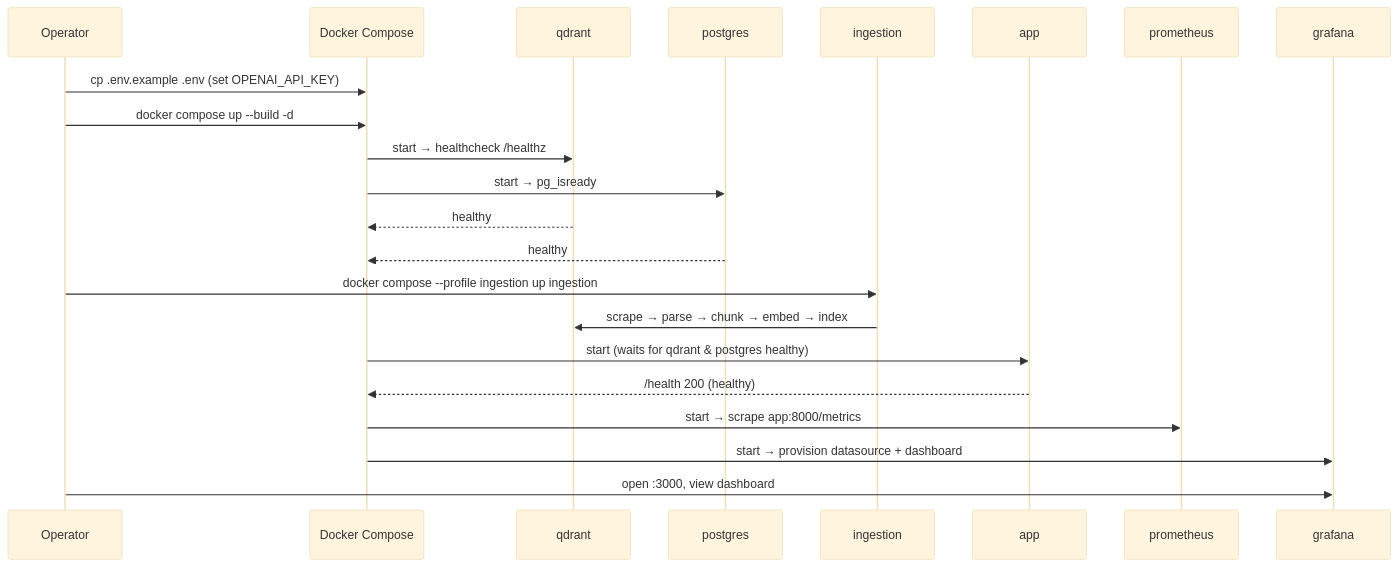
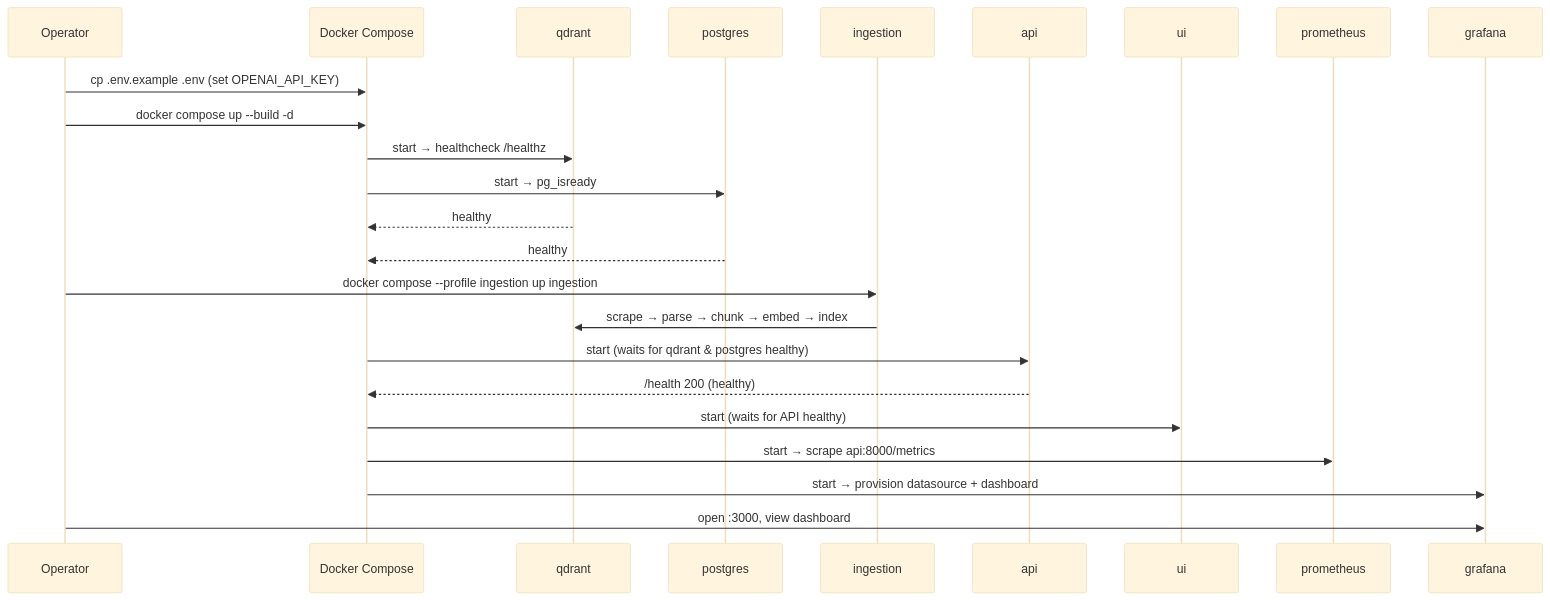
One commit to igmriegel/PokeRAG changed the second of 2 diagrams in docs/01_architecture/Deployment.md. Above: the diagram before and after it, drawn with Mermaid (base theme). The commit also changed other lines of this file and 28 other files, not shown here.

````diff
--- a/docs/01_architecture/Deployment.md
+++ b/docs/01_architecture/Deployment.md
@@ -84,24 +86,26 @@
 ```mermaid
 sequenceDiagram
     participant Op as Operator
     participant DC as Docker Compose
     participant QD as qdrant
     participant PG as postgres
     participant ING as ingestion
-    participant APP as app
+    participant API as api
+    participant UI as ui
     participant PR as prometheus
     participant GR as grafana
     Op->>DC: cp .env.example .env (set OPENAI_API_KEY)
     Op->>DC: docker compose up --build -d
     DC->>QD: start → healthcheck /healthz
     DC->>PG: start → pg_isready
     QD-->>DC: healthy
     PG-->>DC: healthy
     Op->>ING: docker compose --profile ingestion up ingestion
     ING->>QD: scrape → parse → chunk → embed → index
-    DC->>APP: start (waits for qdrant & postgres healthy)
-    APP-->>DC: /health 200 (healthy)
-    DC->>PR: start → scrape app:8000/metrics
+    DC->>API: start (waits for qdrant & postgres healthy)
+    API-->>DC: /health 200 (healthy)
+    DC->>UI: start (waits for API healthy)
+    DC->>PR: start → scrape api:8000/metrics
     DC->>GR: start → provision datasource + dashboard
     Op->>GR: open :3000, view dashboard
 ```
````
